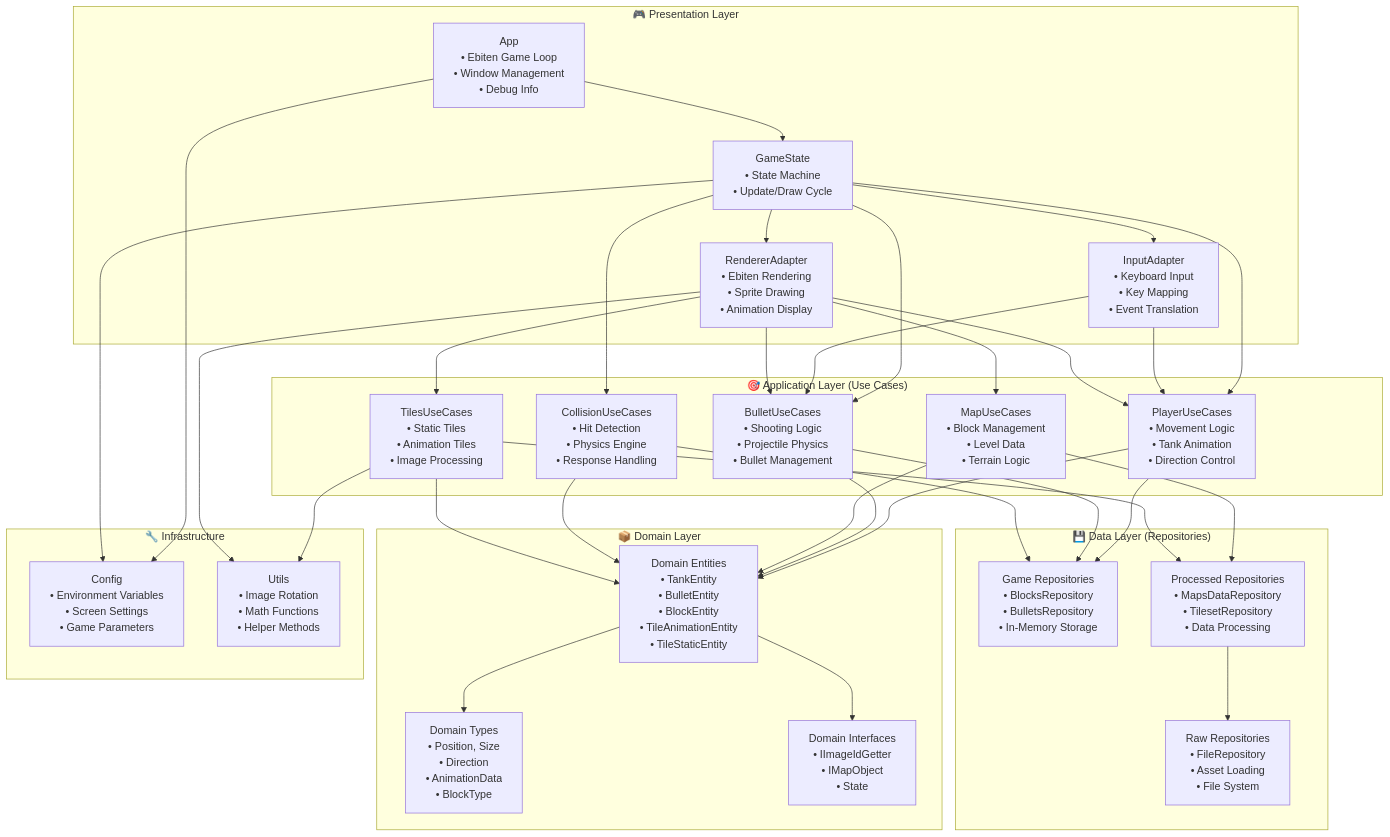
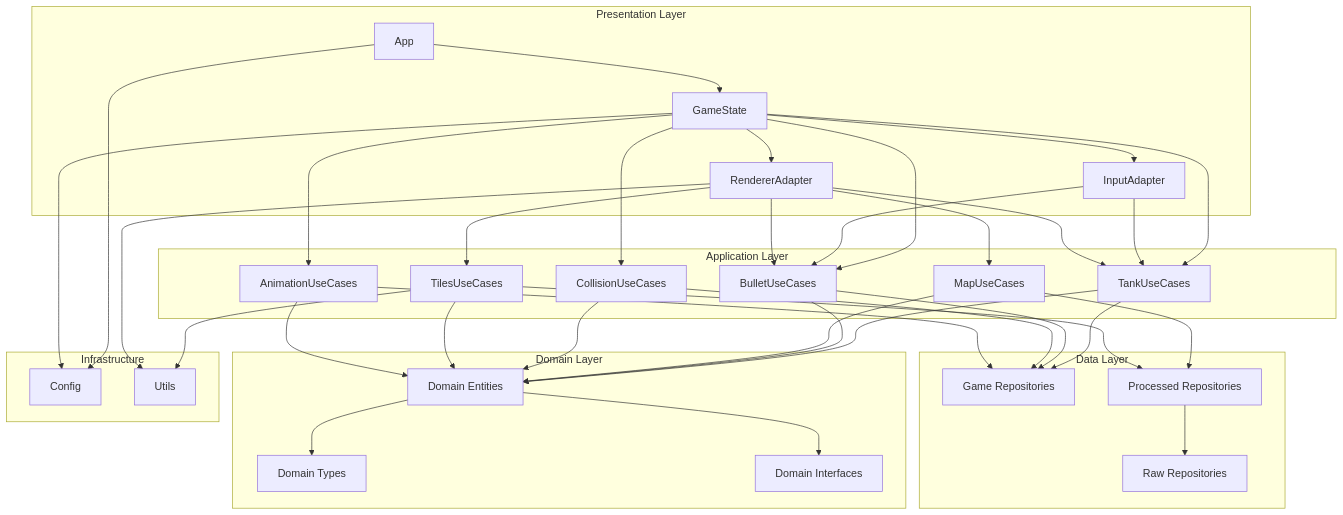
One commit to shpaker/tnk9x changed the diagram in README.md. Above: the diagram before and after it, drawn with Mermaid. The commit also changed other lines of this file and 20 other files, not shown here.

````diff
--- a/README.md
+++ b/README.md
@@ -98,76 +46,73 @@
 ```mermaid
 graph TB
-    subgraph "🎮 Presentation Layer"
-        App[App<br/>• Ebiten Game Loop<br/>• Window Management<br/>• Debug Info]
-        GameState[GameState<br/>• State Machine<br/>• Update/Draw Cycle]
-        InputAdapter[InputAdapter<br/>• Keyboard Input<br/>• Key Mapping<br/>• Event Translation]
-        RenderAdapter[RendererAdapter<br/>• Ebiten Rendering<br/>• Sprite Drawing<br/>• Animation Display]
+    subgraph "Presentation Layer"
+        App[App]
+        GameState[GameState]
+        InputAdapter[InputAdapter]
+        RenderAdapter[RendererAdapter]
     end
     
-    subgraph "🎯 Application Layer (Use Cases)"
-        PlayerUC[PlayerUseCases<br/>• Movement Logic<br/>• Tank Animation<br/>• Direction Control]
-        BulletUC[BulletUseCases<br/>• Shooting Logic<br/>• Projectile Physics<br/>• Bullet Management]
-        MapUC[MapUseCases<br/>• Block Management<br/>• Level Data<br/>• Terrain Logic]
-        CollisionUC[CollisionUseCases<br/>• Hit Detection<br/>• Physics Engine<br/>• Response Handling]
-        TilesUC[TilesUseCases<br/>• Static Tiles<br/>• Animation Tiles<br/>• Image Processing]
+    subgraph "Application Layer"
+        TankUC[TankUseCases]
+        BulletUC[BulletUseCases]
+        MapUC[MapUseCases]
+        CollisionUC[CollisionUseCases]
+        AnimationUC[AnimationUseCases]
+        TilesUC[TilesUseCases]
     end
     
-    subgraph "📦 Domain Layer"
-        Entities[Domain Entities<br/>• TankEntity<br/>• BulletEntity<br/>• BlockEntity<br/>• TileAnimationEntity<br/>• TileStaticEntity]
-        Types[Domain Types<br/>• Position, Size<br/>• Direction<br/>• AnimationData<br/>• BlockType]
-        Interfaces[Domain Interfaces<br/>• IImageIdGetter<br/>• IMapObject<br/>• State]
+    subgraph "Domain Layer"
+        Entities[Domain Entities]
+        Types[Domain Types]
+        Interfaces[Domain Interfaces]
     end
     
-    subgraph "💾 Data Layer (Repositories)"
-        GameRepos[Game Repositories<br/>• BlocksRepository<br/>• BulletsRepository<br/>• In-Memory Storage]
-        ProcessedRepos[Processed Repositories<br/>• MapsDataRepository<br/>• TilesetRepository<br/>• Data Processing]
-        RawRepos[Raw Repositories<br/>• FileRepository<br/>• Asset Loading<br/>• File System]
+    subgraph "Data Layer"
+        GameRepos[Game Repositories]
+        ProcessedRepos[Processed Repositories]
+        RawRepos[Raw Repositories]
     end
     
-    subgraph "🔧 Infrastructure"
-        Config[Config<br/>• Environment Variables<br/>• Screen Settings<br/>• Game Parameters]
-        Utils[Utils<br/>• Image Rotation<br/>• Math Functions<br/>• Helper Methods]
+    subgraph "Infrastructure"
+        Config[Config]
+        Utils[Utils]
     end
     
-    %% Main Flow
     App --> GameState
     GameState --> InputAdapter
     GameState --> RenderAdapter
-    GameState --> PlayerUC
+    GameState --> TankUC
     GameState --> BulletUC
     GameState --> CollisionUC
+    GameState --> AnimationUC
     
-    %% Use Cases Dependencies
-    InputAdapter --> PlayerUC
+    InputAdapter --> TankUC
     InputAdapter --> BulletUC
-    RenderAdapter --> PlayerUC
+    RenderAdapter --> TankUC
     RenderAdapter --> BulletUC
     RenderAdapter --> MapUC
     RenderAdapter --> TilesUC
     
-    %% Domain Dependencies
-    PlayerUC --> Entities
+    TankUC --> Entities
     BulletUC --> Entities
     MapUC --> Entities
     CollisionUC --> Entities
     TilesUC --> Entities
+    AnimationUC --> Entities
     Entities --> Types
     Entities --> Interfaces
     
-    %% Repository Dependencies
-    PlayerUC --> GameRepos
+    TankUC --> GameRepos
     BulletUC --> GameRepos
     MapUC --> ProcessedRepos
     CollisionUC --> GameRepos
     TilesUC --> ProcessedRepos
+    AnimationUC --> GameRepos
     ProcessedRepos --> RawRepos
     
-    %% Configuration
     App --> Config
     GameState --> Config
     
-    %% Utilities
     TilesUC --> Utils
     RenderAdapter --> Utils
-    
 ```
````
